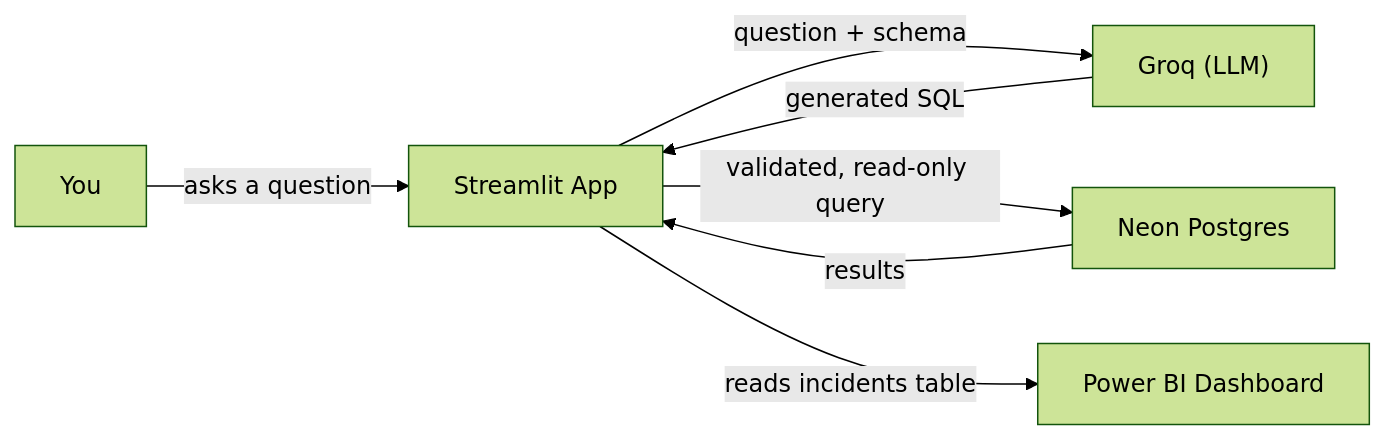
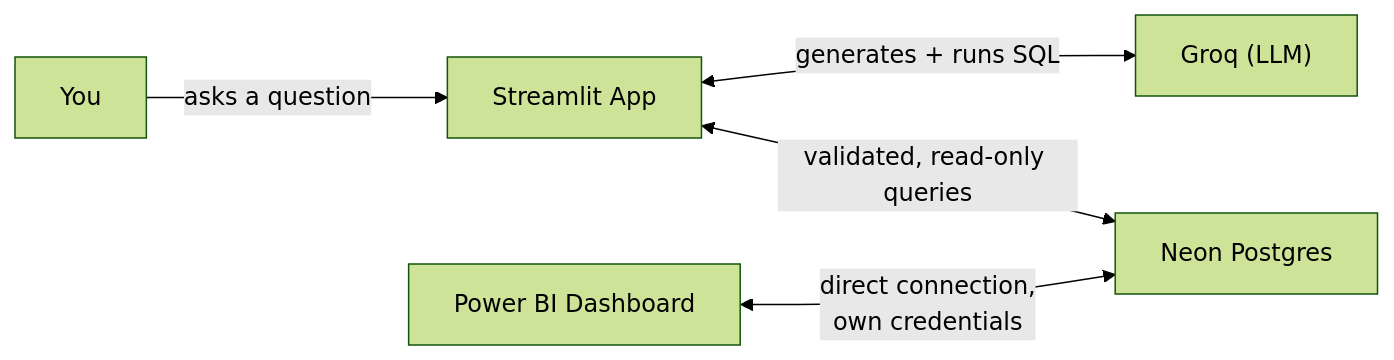
Before and after one commit to YashShrivastava4/incident-analytics: the first of 2 diagrams in README.md, drawn with Mermaid (forest theme).

Commit message:
Rate Limited on API Calls, Architecture added and automated testing

````diff
--- a/README.md
+++ b/README.md
@@ -53,9 +53,7 @@
 ```mermaid
 flowchart LR
     U["You"] -->|"asks a question"| S["Streamlit App"]
-    S -->|"question + schema"| G["Groq (LLM)"]
-    G -->|"generated SQL"| S
-    S -->|"validated, read-only query"| N["Neon Postgres"]
-    N -->|"results"| S
-    S -->|"reads incidents table"| P["Power BI Dashboard"]
+    S <-->|"generates + runs SQL"| G["Groq (LLM)"]
+    S <-->|"validated, read-only queries"| N["Neon Postgres"]
+    P["Power BI Dashboard"] <-->|"direct connection,<br/>own credentials"| N
 ```
````
